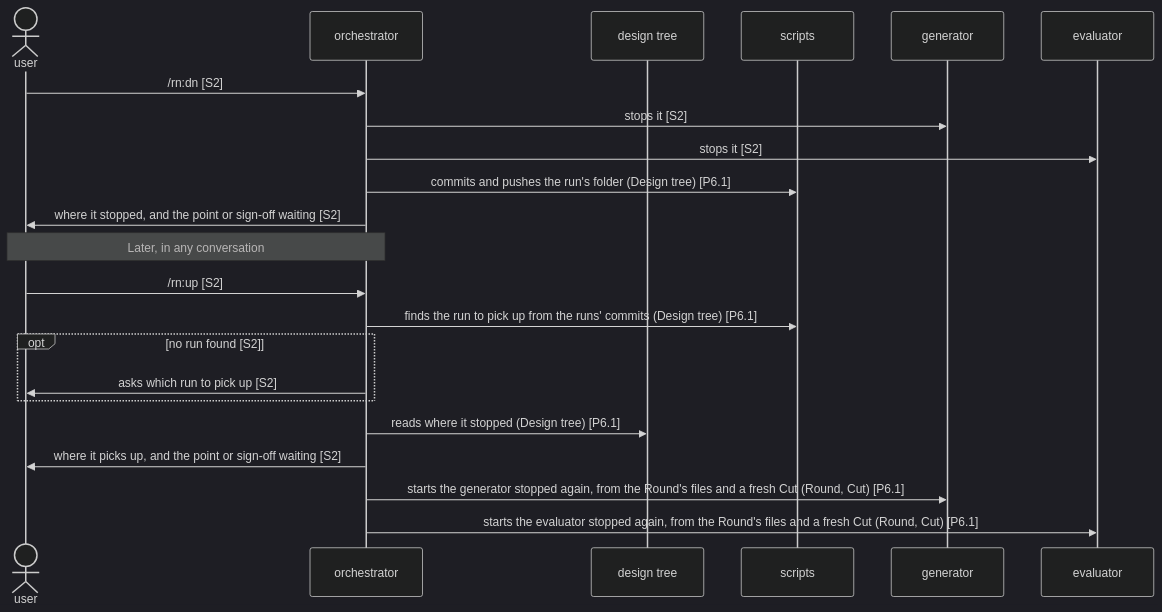
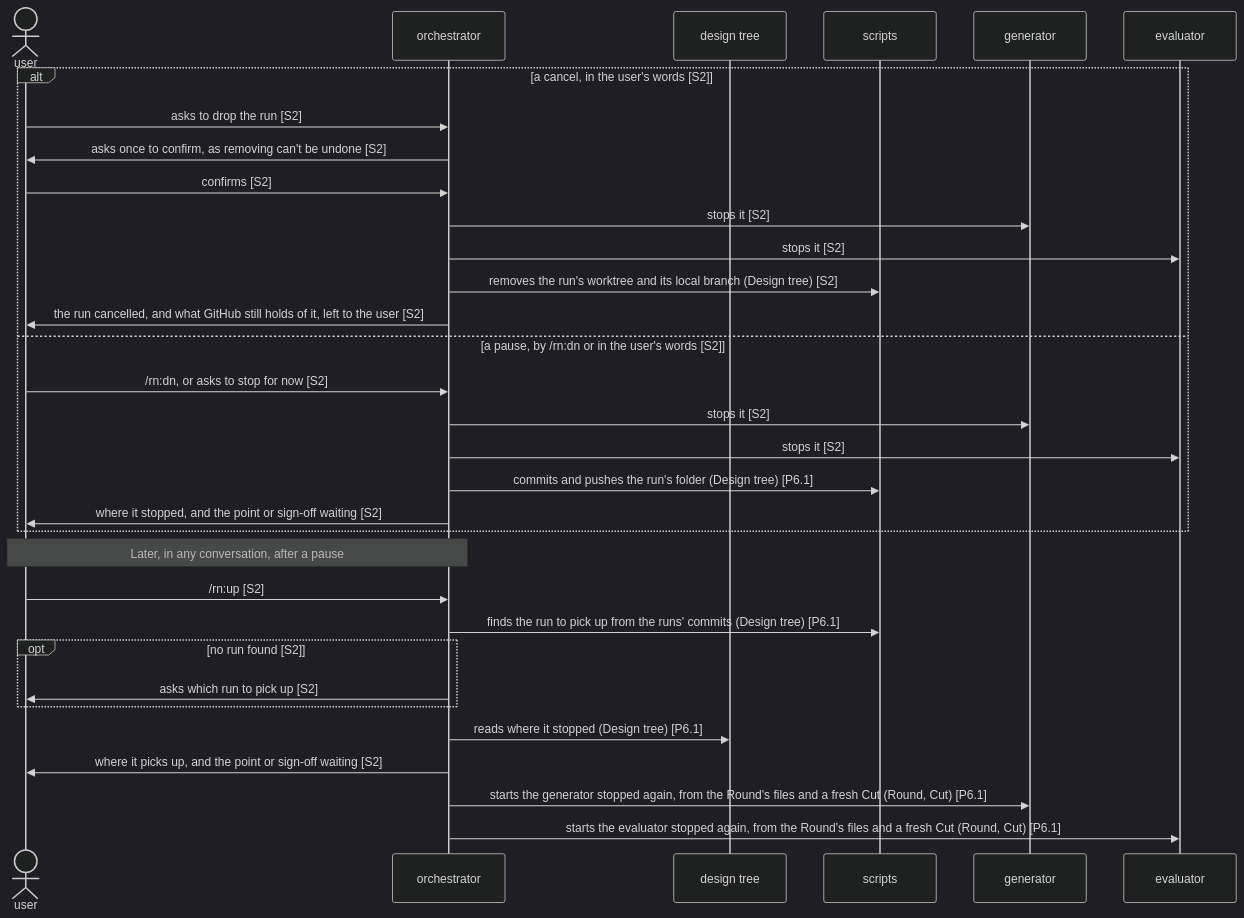
One commit to lovaizu/ccpm changed the second of 2 diagrams in dev/rn/architecture.md. Above: the diagram before and after it, drawn with Mermaid (dark theme). The commit also changed other lines of this file and 15 other files, not shown here.

First line of the commit message:
rn: the user pauses or cancels a run in their own words, and rn then lets the conversation go

````diff
--- a/dev/rn/architecture.md
+++ b/dev/rn/architecture.md
@@ -231,24 +237,34 @@
 ```mermaid
 sequenceDiagram
   actor U as user
   participant O as orchestrator
   participant T as design tree
   participant S as scripts
   participant G as generator
   participant E as evaluator
-  U->>O: /rn:dn [S2]
-  O->>G: stops it [S2]
-  O->>E: stops it [S2]
-  O->>S: commits and pushes the run's folder (Design tree) [P6.1]
-  O->>U: where it stopped, and the point or sign-off waiting [S2]
-  Note over U,O: Later, in any conversation
+  alt a cancel, in the user's words [S2]
+    U->>O: asks to drop the run [S2]
+    O->>U: asks once to confirm, as removing can't be undone [S2]
+    U->>O: confirms [S2]
+    O->>G: stops it [S2]
+    O->>E: stops it [S2]
+    O->>S: removes the run's worktree and its local branch (Design tree) [S2]
+    O->>U: the run cancelled, and what GitHub still holds of it, left to the user [S2]
+  else a pause, by /rn:dn or in the user's words [S2]
+    U->>O: /rn:dn, or asks to stop for now [S2]
+    O->>G: stops it [S2]
+    O->>E: stops it [S2]
+    O->>S: commits and pushes the run's folder (Design tree) [P6.1]
+    O->>U: where it stopped, and the point or sign-off waiting [S2]
+  end
+  Note over U,O: Later, in any conversation, after a pause
   U->>O: /rn:up [S2]
   O->>S: finds the run to pick up from the runs' commits (Design tree) [P6.1]
   opt no run found [S2]
     O->>U: asks which run to pick up [S2]
   end
   O->>T: reads where it stopped (Design tree) [P6.1]
   O->>U: where it picks up, and the point or sign-off waiting [S2]
   O->>G: starts the generator stopped again, from the Round's files and a fresh Cut (Round, Cut) [P6.1]
   O->>E: starts the evaluator stopped again, from the Round's files and a fresh Cut (Round, Cut) [P6.1]
 ```
````
